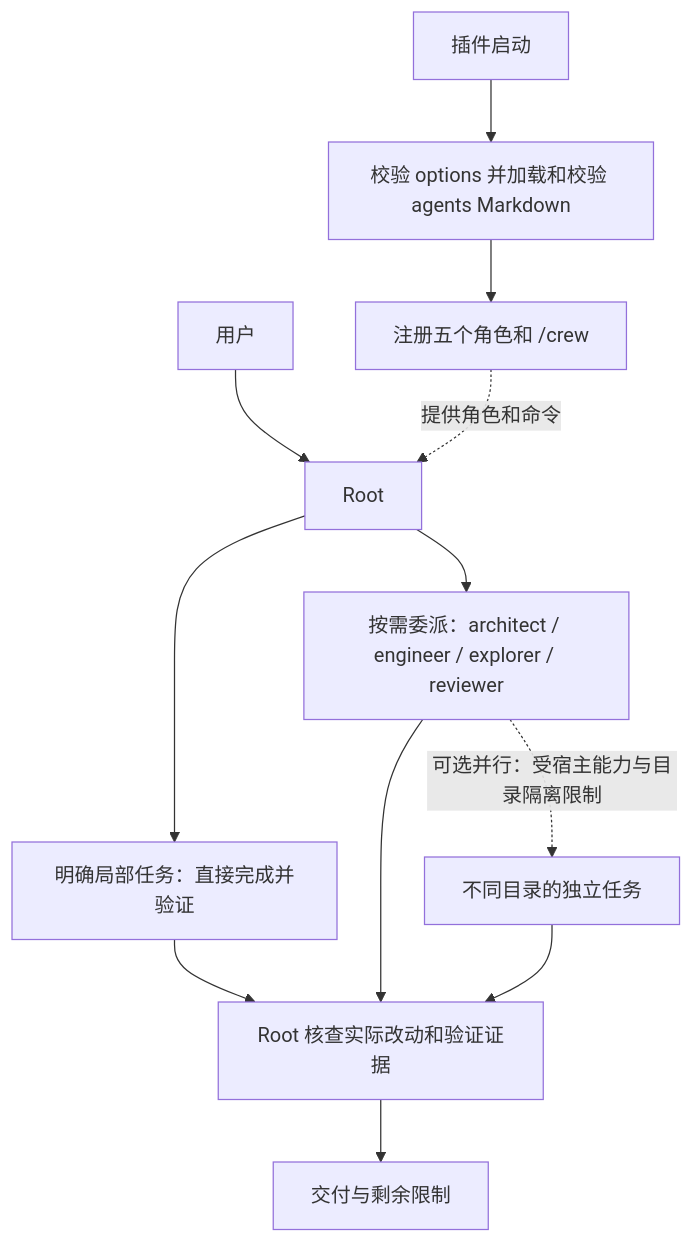
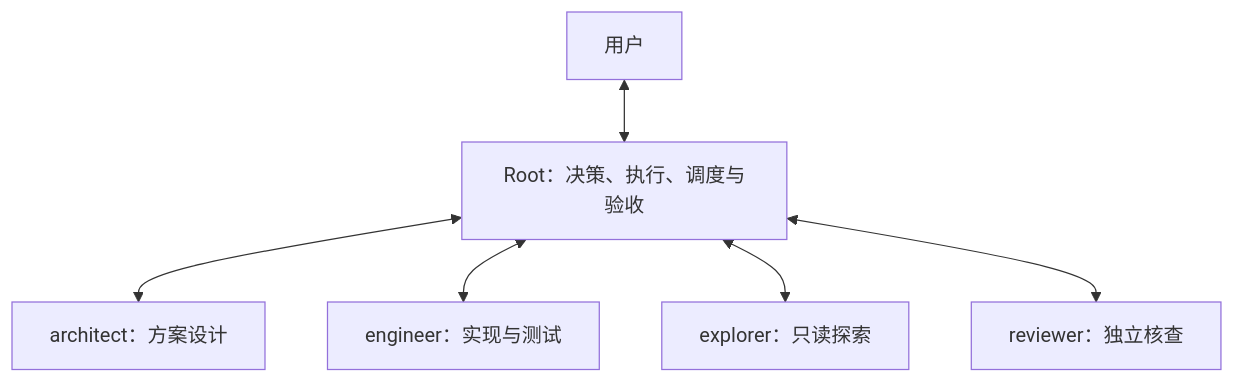
The diagram in README.zh-CN.md (bioShaun/opencode-crew), drawn with Mermaid before and after one commit. The commit also changed other lines of this file and 1 other file, not shown here.

Commit message:
docs: simplify role and workflow diagrams

````diff
--- a/README.zh-CN.md
+++ b/README.zh-CN.md
@@ -9,14 +9,8 @@
 ```mermaid
 flowchart TD
-    A[插件启动] --> B[校验 options 并加载和校验 agents Markdown]
-    B --> C[注册五个角色和 /crew]
-    U[用户] --> R[Root]
-    C -. 提供角色和命令 .-> R
-    R --> D[明确局部任务：直接完成并验证]
-    R --> S[按需委派：architect / engineer / explorer / reviewer]
-    S -. 可选并行：受宿主能力与目录隔离限制 .-> P[不同目录的独立任务]
-    D --> V[Root 核查实际改动和验证证据]
-    S --> V
-    P --> V
-    V --> O[交付与剩余限制]
+    U[用户] <--> R[Root：决策、执行、调度与验收]
+    R <--> A[architect：方案设计]
+    R <--> E[engineer：实现与测试]
+    R <--> X[explorer：只读探索]
+    R <--> V[reviewer：独立核查]
 ```
````
